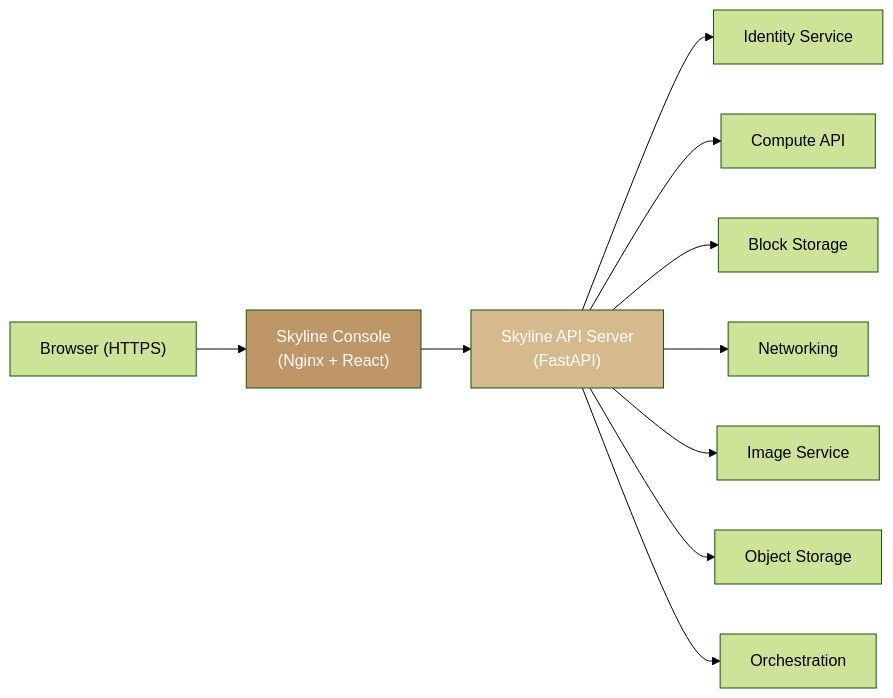
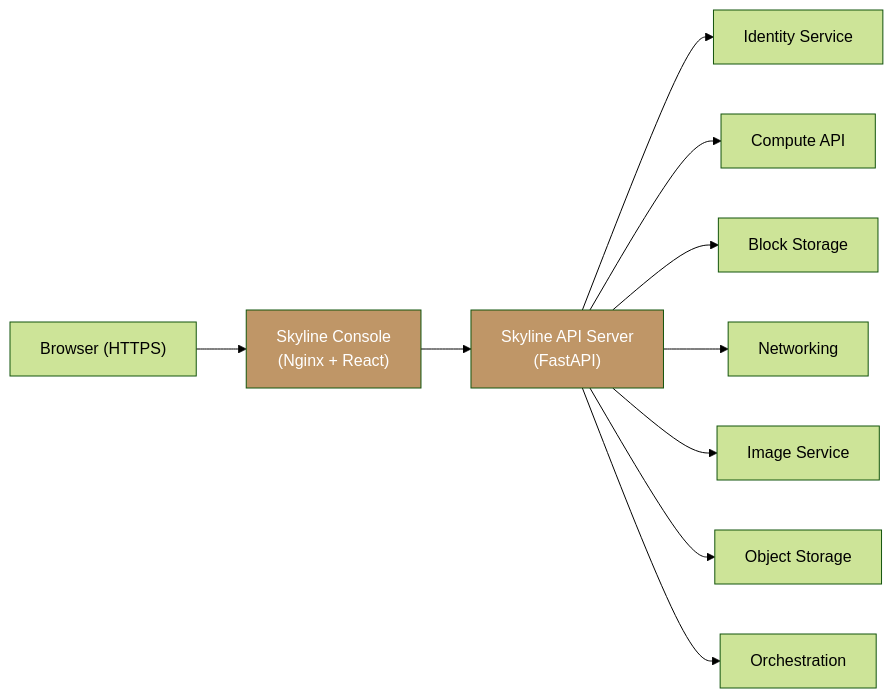
Before and after one commit to ankur-kumar87/docs-polystack: the diagram in services/dashboard/index.mdx, drawn with Mermaid (forest theme). The commit also changed other lines of this file and 186 other files, not shown here.

````diff
--- a/services/dashboard/index.mdx
+++ b/services/dashboard/index.mdx
@@ -121,14 +121,14 @@
 ```mermaid
 graph LR
     Browser["Browser (HTTPS)"] --> Skyline["Skyline Console\n(Nginx + React)"]
     Skyline --> SkyAPI["Skyline API Server\n(FastAPI)"]
     SkyAPI --> Keystone["Identity Service"]
     SkyAPI --> Nova["Compute API"]
     SkyAPI --> Cinder["Block Storage"]
     SkyAPI --> Neutron["Networking"]
     SkyAPI --> Glance["Image Service"]
     SkyAPI --> Swift["Object Storage"]
     SkyAPI --> Heat["Orchestration"]
     style Skyline fill:#bf9667,color:#fff
-    style SkyAPI fill:#d7b98e,color:#fff
+    style SkyAPI fill:#bf9667,color:#fff
 ```
````
